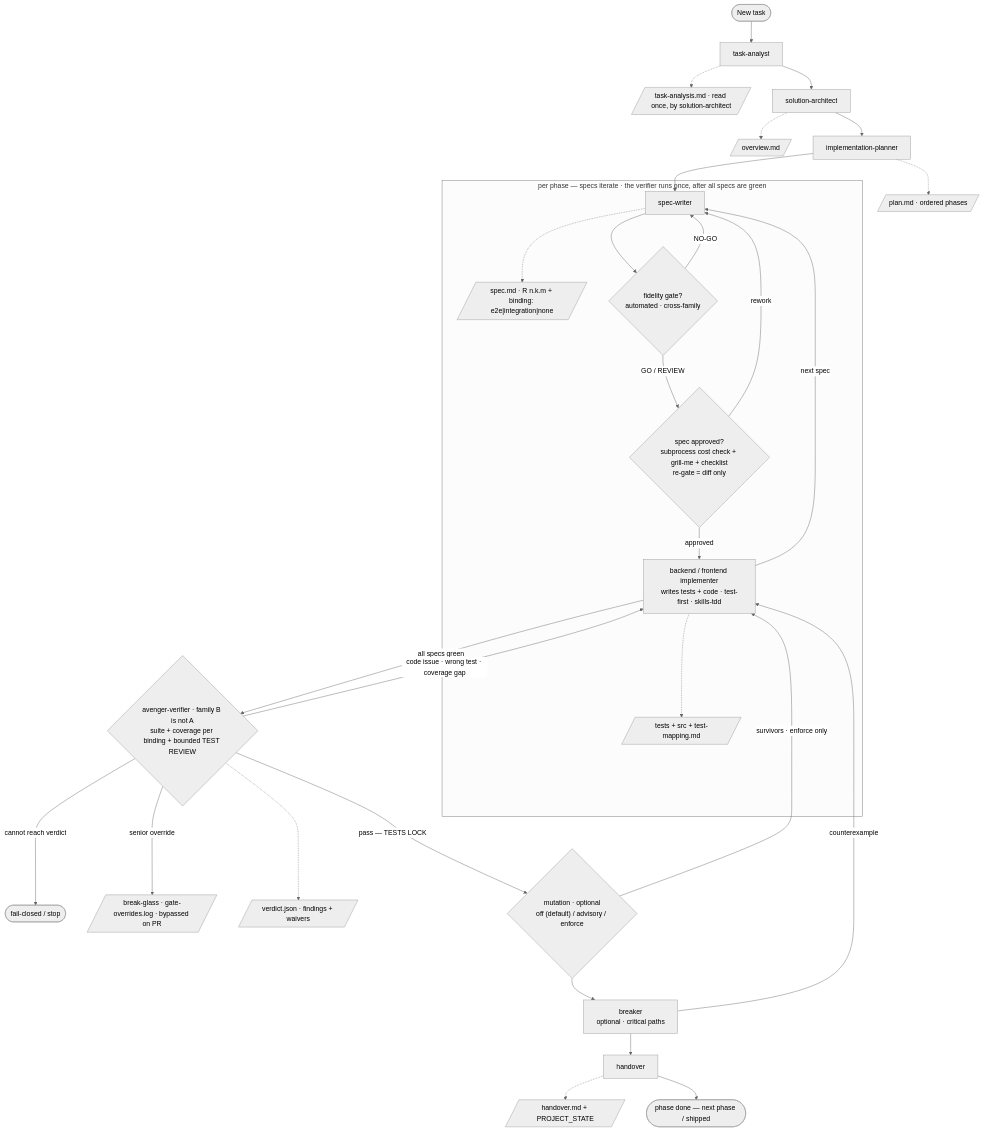
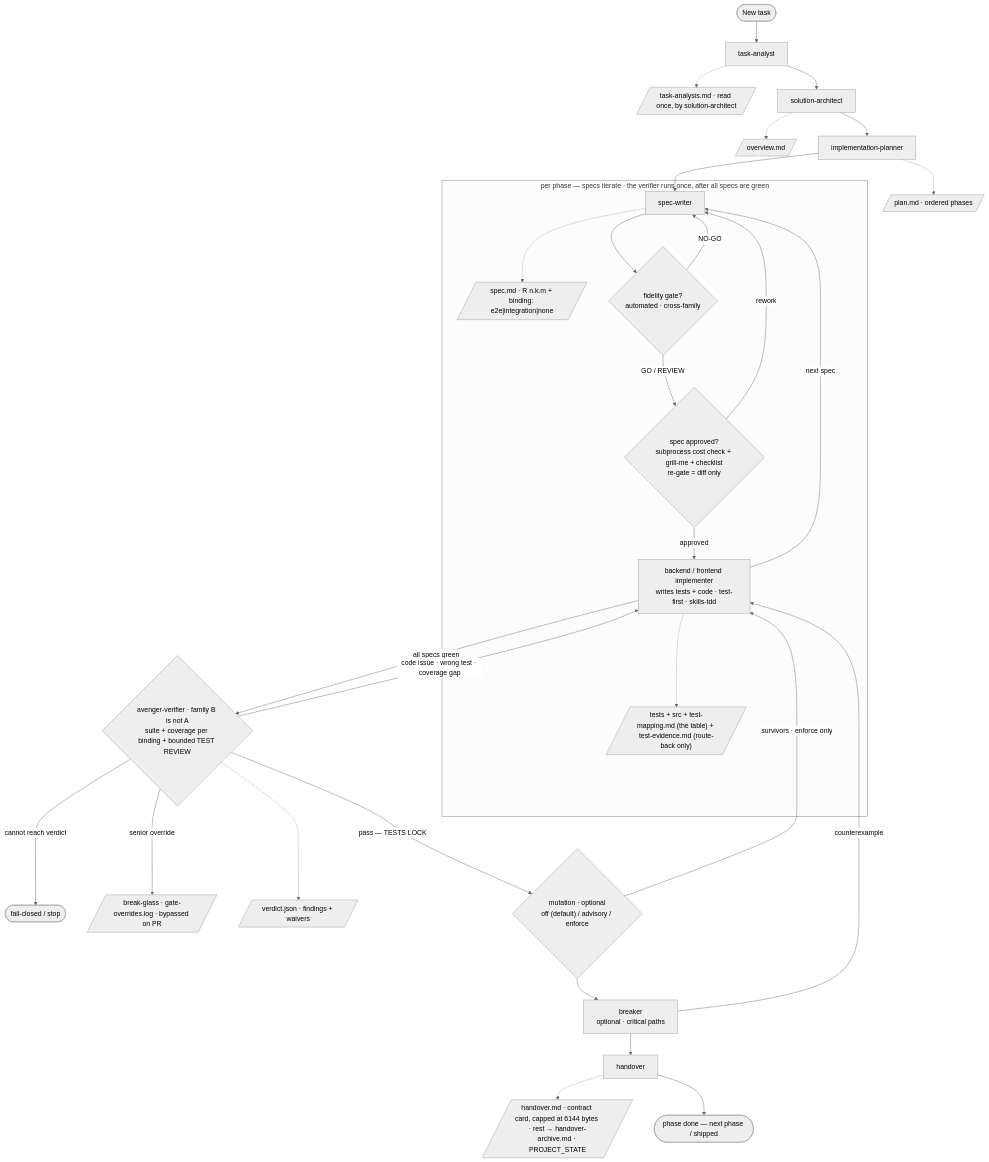
The diagram in README.md (szobonyaerik/agentic-avengers), drawn with Mermaid (neutral theme) before and after one commit. The commit also changed 1 other file, not shown here.

Commit message:
no-mistakes(document): sync read-path table and README pipeline diagram

````diff
--- a/README.md
+++ b/README.md
@@ -42,34 +42,34 @@
 ```mermaid
 flowchart TD
     start(["New task"]) --> ta["task-analyst"]
     ta -.-> taA[/"task-analysis.md · read once, by solution-architect"/]
     ta --> sa["solution-architect"]
     sa -.-> saA[/"overview.md"/]
     sa --> ip["implementation-planner"]
     ip -.-> ipA[/"plan.md · ordered phases"/]
     ip --> sw
 
     subgraph phase ["per phase — specs iterate · the verifier runs once, after all specs are green"]
         sw["spec-writer"] -.-> swA[/"spec.md · R n.k.m + binding: e2e|integration|none"/]
         sw --> fg{"fidelity gate?<br/>automated · cross-family"}
         fg -->|"NO-GO"| sw
         fg -->|"GO / REVIEW"| sr{"spec approved?<br/>subprocess cost check + grill-me + checklist<br/>re-gate = diff only"}
         sr -->|"rework"| sw
         sr -->|"approved"| impl["backend / frontend implementer<br/>writes tests + code · test-first · skills-tdd"]
-        impl -.-> implA[/"tests + src + test-mapping.md"/]
+        impl -.-> implA[/"tests + src + test-mapping.md (the table) + test-evidence.md (route-back only)"/]
         impl -->|"next spec"| sw
     end
 
     impl -->|"all specs green"| ver{"avenger-verifier · family B is not A<br/>suite + coverage per binding + bounded TEST REVIEW"}
     ver -->|"cannot reach verdict"| stop(["fail-closed / stop"])
     ver -->|"senior override"| bg[/"break-glass · gate-overrides.log · bypassed on PR"/]
     ver -->|"code issue · wrong test · coverage gap"| impl
     ver -.-> verA[/"verdict.json · findings + waivers"/]
     ver -->|"pass — TESTS LOCK"| mut{"mutation · optional<br/>off (default) / advisory / enforce"}
     mut -->|"survivors · enforce only"| impl
     mut --> brk["breaker<br/>optional · critical paths"]
     brk -->|"counterexample"| impl
     brk --> ho["handover"]
-    ho -.-> hoA[/"handover.md + PROJECT_STATE"/]
+    ho -.-> hoA[/"handover.md · contract card, capped at 6144 bytes · rest → handover-archive.md · PROJECT_STATE"/]
     ho --> done(["phase done — next phase / shipped"])
 ```
````
